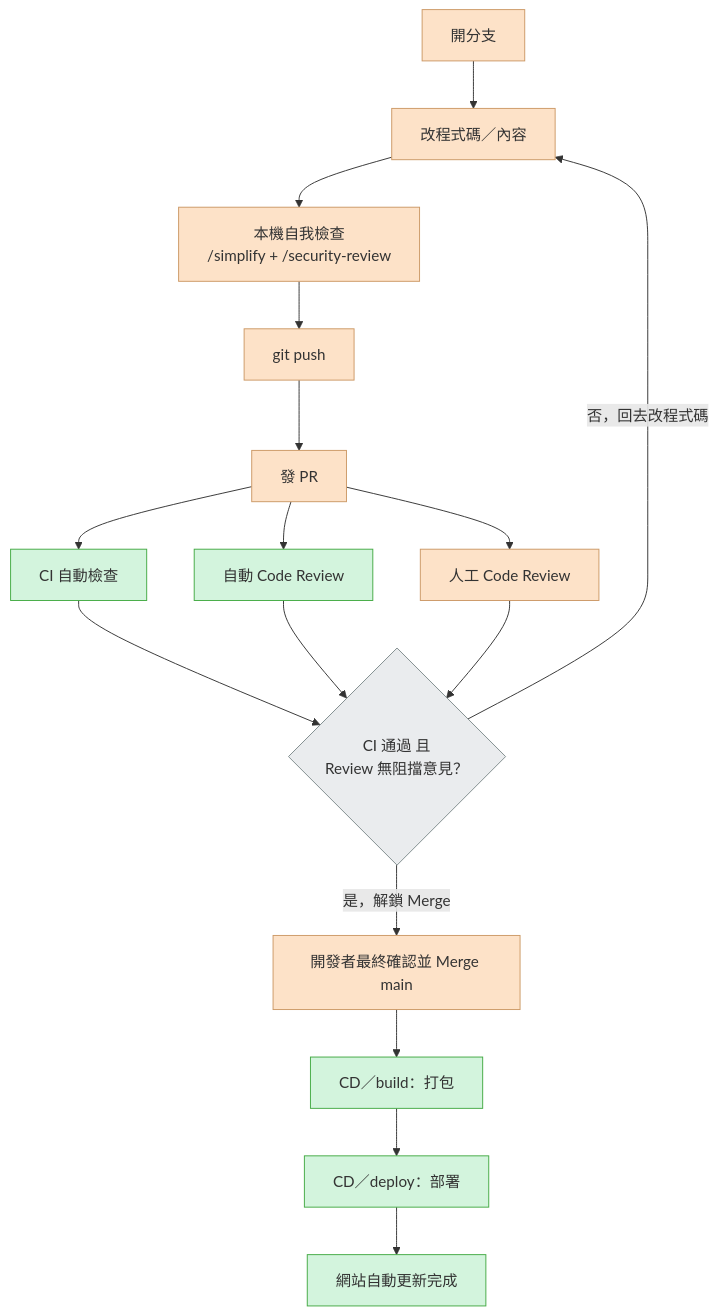
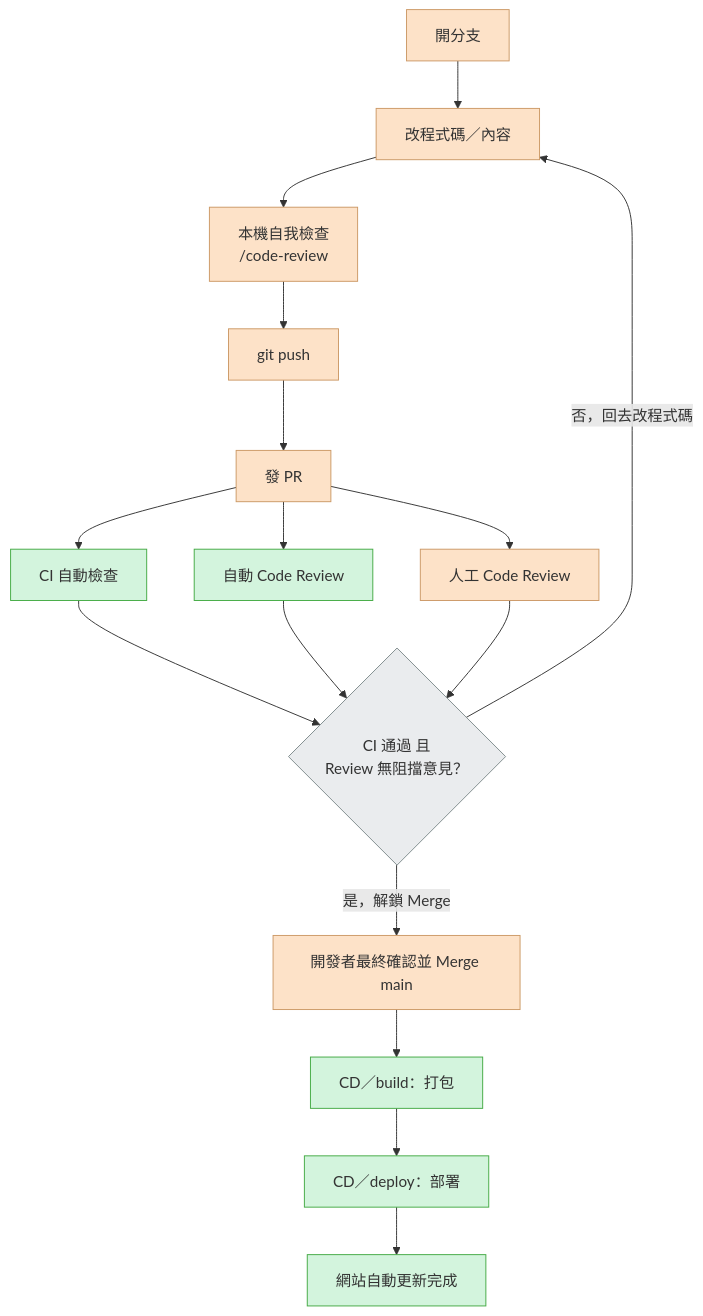
The diagram in docs/index.md (Study2Strong/Launch-Your-Vibe-Coding-Product), drawn with Mermaid before and after one commit. The commit also changed other lines of this file and 1 other file, not shown here.

````diff
--- a/docs/index.md
+++ b/docs/index.md
@@ -33,25 +31,25 @@
 ```mermaid
 flowchart TD
     A[開分支]:::manual --> B[改程式碼／內容]:::manual
-    B --> C["本機自我檢查<br/>/simplify + /security-review"]:::manual
+    B --> C["本機自我檢查<br/>/code-review"]:::manual
     C --> D[git push]:::manual
     D --> E[發 PR]:::manual
 
     E --> F[CI 自動檢查]:::auto
     E --> G[自動 Code Review]:::auto
     E --> H[人工 Code Review]:::manual
 
     F --> I{"CI 通過 且<br/>Review 無阻擋意見？"}:::decision
     G --> I
     H --> I
     I -- 否，回去改程式碼 --> B
     I -- 是，解鎖 Merge --> J[開發者最終確認並 Merge main]:::manual
 
     J --> K[CD／build：打包]:::auto
     K --> L[CD／deploy：部署]:::auto
     L --> M[網站自動更新完成]:::auto
 
     classDef manual fill:#fde2c8,stroke:#c96,color:#333;
     classDef auto fill:#d3f4dd,stroke:#4a4,color:#333;
     classDef decision fill:#eaecee,stroke:#7f8c8d,color:#333;
 ```
````
